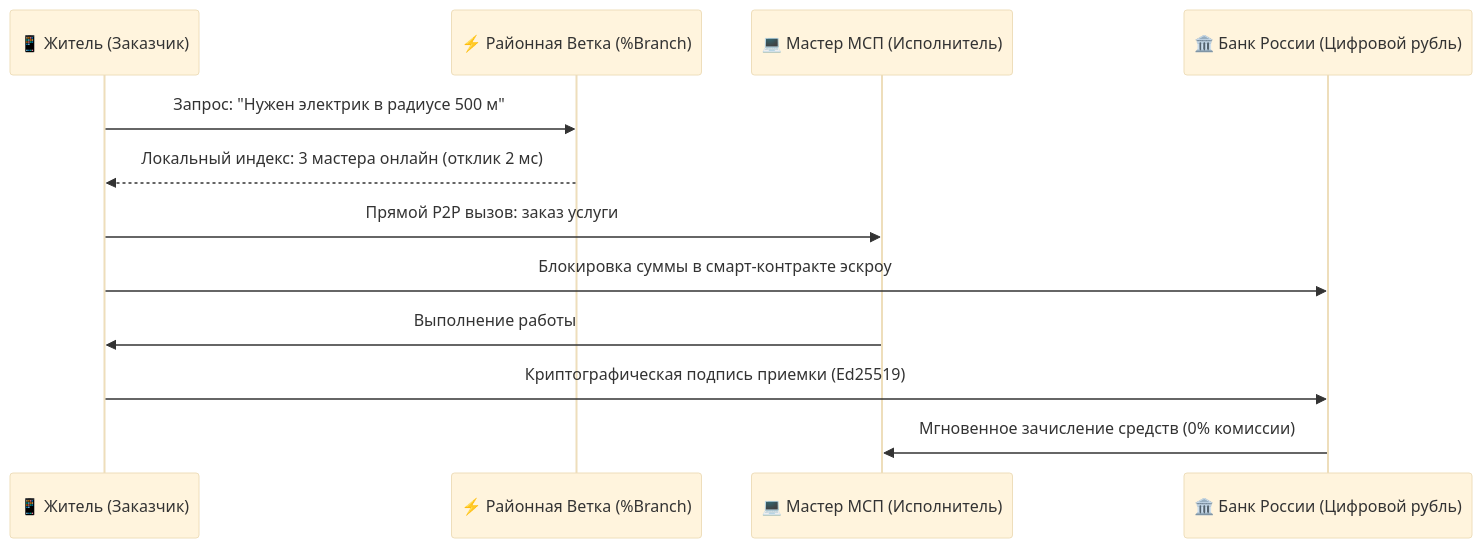
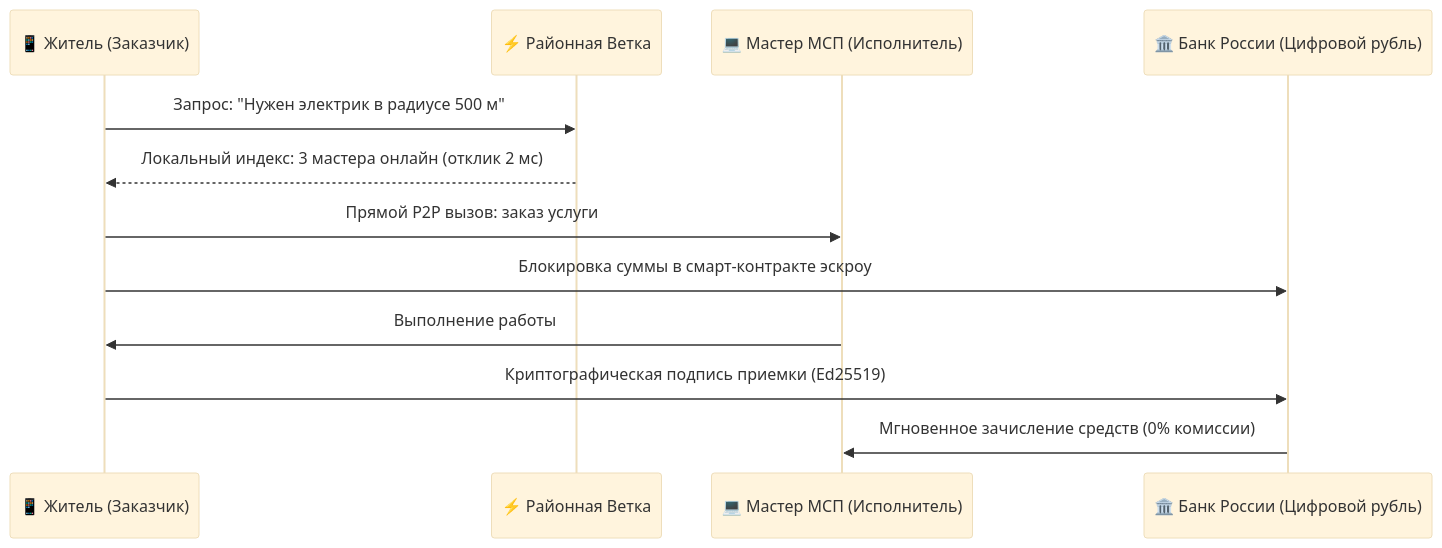
One commit to Data-Independence-Network/presentations changed the third of 4 diagrams in shared_docs/whitepapers/02_applications_suite_whitepaper.md. Above: the diagram before and after it, drawn with Mermaid (base theme). The commit also changed other lines of this file and 6 other files, not shown here.

First line of the commit message:
docs(whitepapers): integrate smart contract FSM architecture and clean percent tags

````diff
--- a/shared_docs/whitepapers/02_applications_suite_whitepaper.md
+++ b/shared_docs/whitepapers/02_applications_suite_whitepaper.md
@@ -174,15 +174,15 @@
 ```mermaid
 sequenceDiagram
     participant C as 📱 Житель (Заказчик)
-    participant B as ⚡ Районная Ветка (%Branch)
+    participant B as ⚡ Районная Ветка
     participant M as 💻 Мастер МСП (Исполнитель)
     participant R as 🏛️ Банк России (Цифровой рубль)
 
     C->>B: Запрос: "Нужен электрик в радиусе 500 м"
     B-->>C: Локальный индекс: 3 мастера онлайн (отклик 2 мс)
     C->>M: Прямой P2P вызов: заказ услуги
     C->>R: Блокировка суммы в смарт-контракте эскроу
     M->>C: Выполнение работы
     C->>R: Криптографическая подпись приемки (Ed25519)
     R->>M: Мгновенное зачисление средств (0% комиссии)
 ```
````
